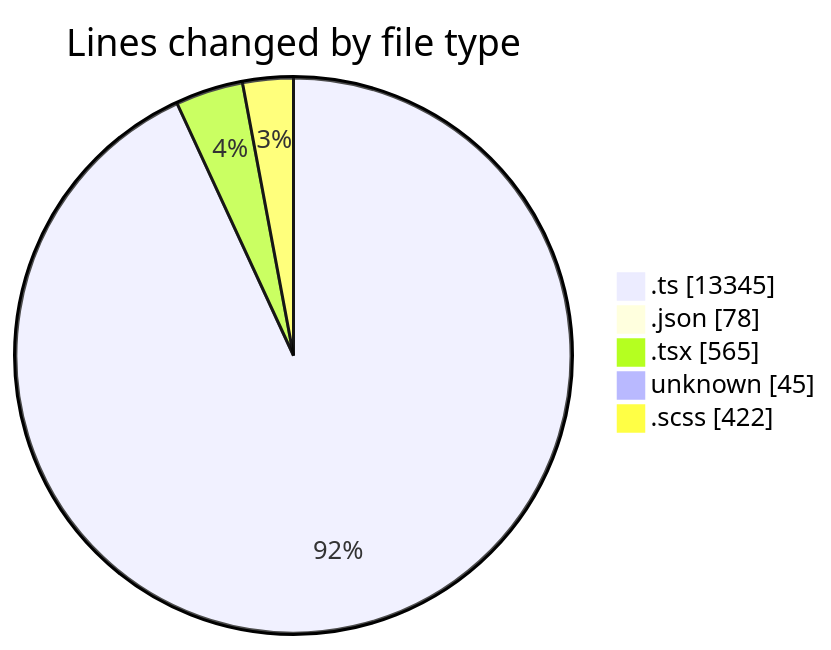
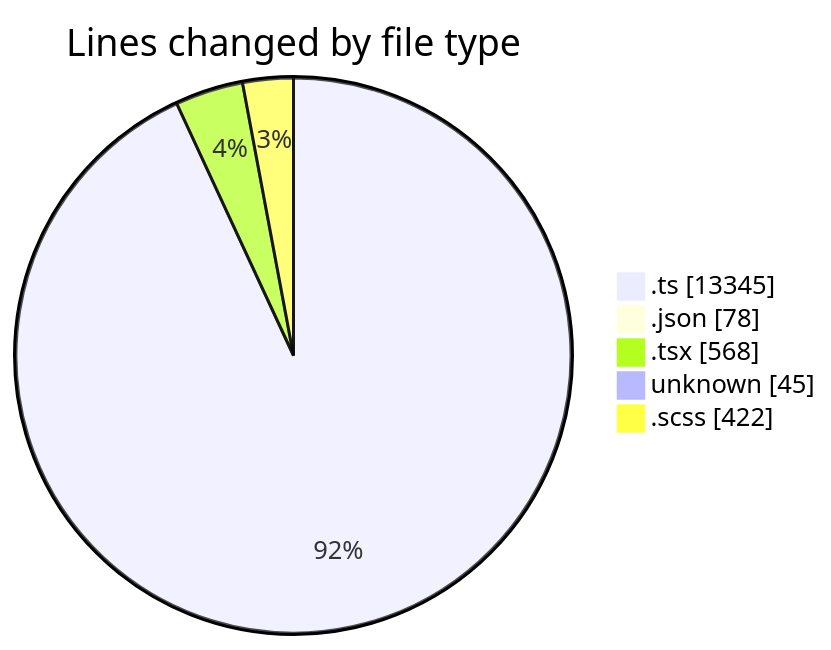
Before and after one commit to momahboobian/code-tracking: the first of 2 diagrams in 2025-08-29/cda/README.md, drawn with Mermaid. The commit also changed other lines of this file and 1 other file, not shown here.

````diff
--- a/2025-08-29/cda/README.md
+++ b/2025-08-29/cda/README.md
@@ -30,9 +30,9 @@
 ```mermaid
 pie showData
 title Lines changed by file type
 ".ts" : 13345
 ".json" : 78
-".tsx" : 565
+".tsx" : 568
 "unknown" : 45
 ".scss" : 422
 ```
````
